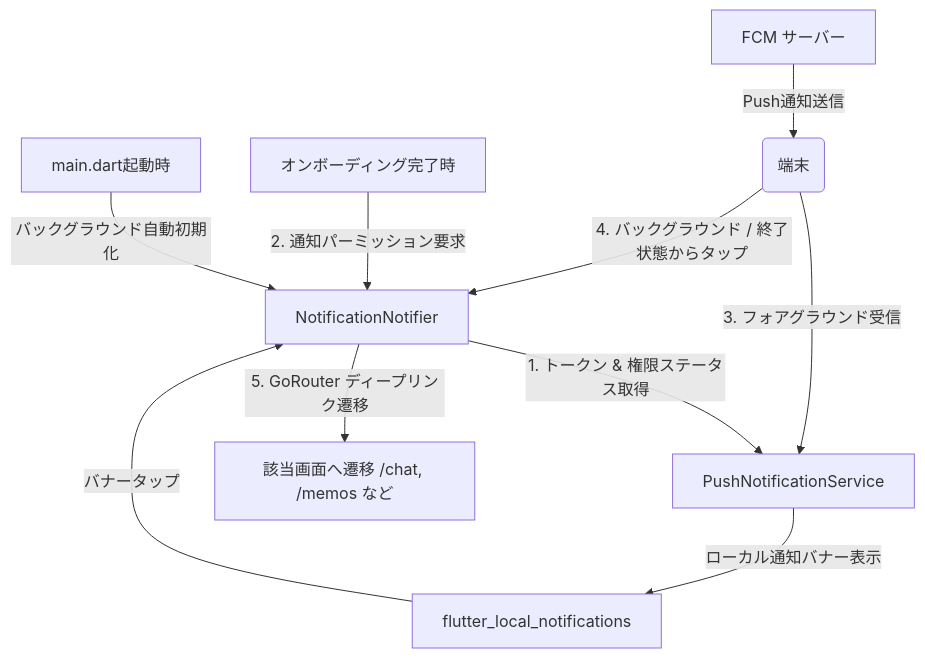
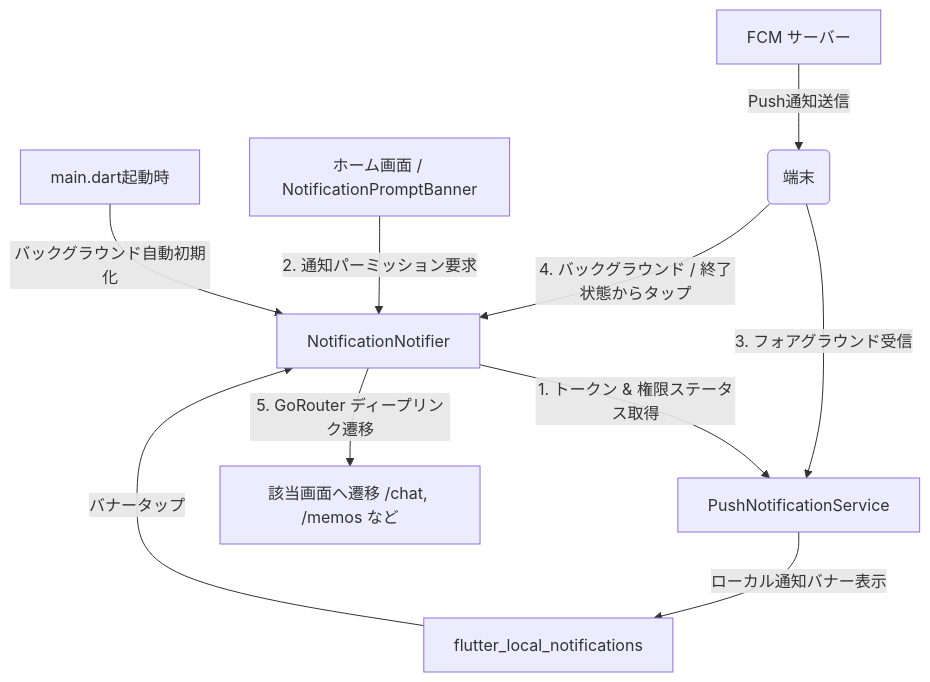
Before and after one commit to a-sasaoka/flutter_sample: the diagram in docs/notification.md, drawn with Mermaid. The commit also changed other lines of this file, not shown here.

Commit message:
docs(notification): プロンプトバナー誘導フローに合わせてアーキテクチャ図と確認手順を更新

````diff
--- a/docs/notification.md
+++ b/docs/notification.md
@@ -11,12 +11,12 @@
 ```mermaid
 flowchart TD
     M[main.dart起動時] -->|バックグラウンド自動初期化| E[NotificationNotifier]
     E -->|1. トークン & 権限ステータス取得| S[PushNotificationService]
-    O[オンボーディング完了時] -->|2. 通知パーミッション要求| E
+    H[ホーム画面 / NotificationPromptBanner] -->|2. 通知パーミッション要求| E
     A[FCM サーバー] -->|Push通知送信| B(端末)
     B -->|3. フォアグラウンド受信| S
     S -->|ローカル通知バナー表示| D[flutter_local_notifications]
     D -->|バナータップ| E
     B -->|4. バックグラウンド / 終了状態からタップ| E
     E -->|5. GoRouter ディープリンク遷移| F[該当画面へ遷移 /chat, /memos など]
 ```
````
